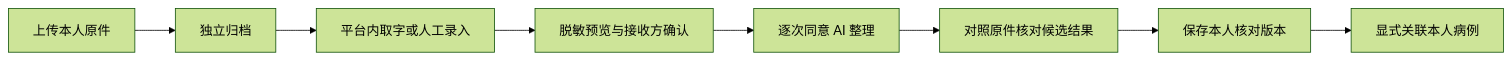
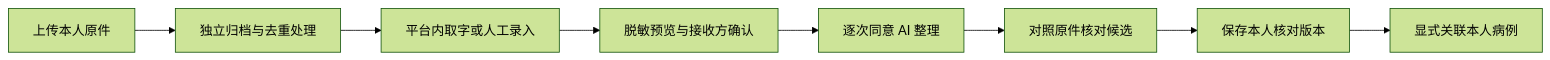
One commit to Echogithu/medaxis changed the second of 3 diagrams in README.md. Above: the diagram before and after it, drawn with Mermaid (forest theme). The commit also changed other lines of this file, not shown here.

````diff
--- a/README.md
+++ b/README.md
@@ -88,10 +88,10 @@
 ```mermaid
 flowchart LR
-  A[上传本人原件] --> B[独立归档]
+  A[上传本人原件] --> B[独立归档与去重处理]
   B --> C[平台内取字或人工录入]
   C --> D[脱敏预览与接收方确认]
   D --> E[逐次同意 AI 整理]
-  E --> F[对照原件核对候选结果]
+  E --> F[对照原件核对候选]
   F --> G[保存本人核对版本]
   G --> H[显式关联本人病例]
 ```
````
